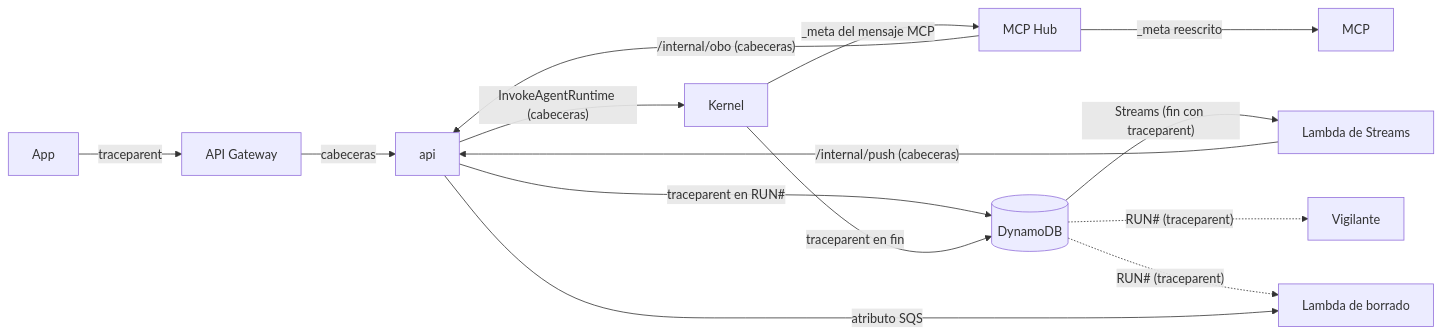
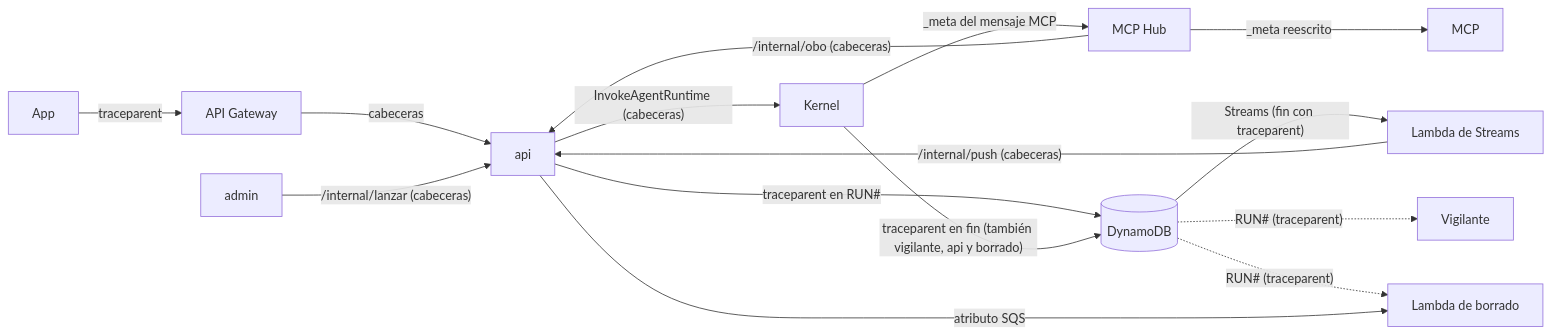
Before and after one commit to ikermendi/sample-agent-platform-with-agentcore: the tenth of 10 diagrams in docs/arquitectura-agentes.md, drawn with Mermaid. The commit also changed other lines of this file and 2 other files, not shown here.

````diff
--- a/docs/arquitectura-agentes.md
+++ b/docs/arquitectura-agentes.md
@@ -1362,15 +1395,16 @@
 ```mermaid
 flowchart LR
   App -- "traceparent" --> GW[API Gateway]
   GW -- cabeceras --> API[api]
   API -- "InvokeAgentRuntime (cabeceras)" --> K[Kernel]
   K -- "_meta del mensaje MCP" --> H[MCP Hub] -- "_meta reescrito" --> M[MCP]
   API -- "traceparent en RUN#" --> D[(DynamoDB)]
-  K -- "traceparent en fin" --> D
+  K -- "traceparent en fin (también vigilante, api y borrado)" --> D
   D -- "Streams (fin con traceparent)" --> S[Lambda de Streams]
   S -- "/internal/push (cabeceras)" --> API
   D -. "RUN# (traceparent)" .-> V[Vigilante]
   D -. "RUN# (traceparent)" .-> B
   H -- "/internal/obo (cabeceras)" --> API
+  Adm[admin] -- "/internal/lanzar (cabeceras)" --> API
   API -- "atributo SQS" --> B[Lambda de borrado]
 ```
````
